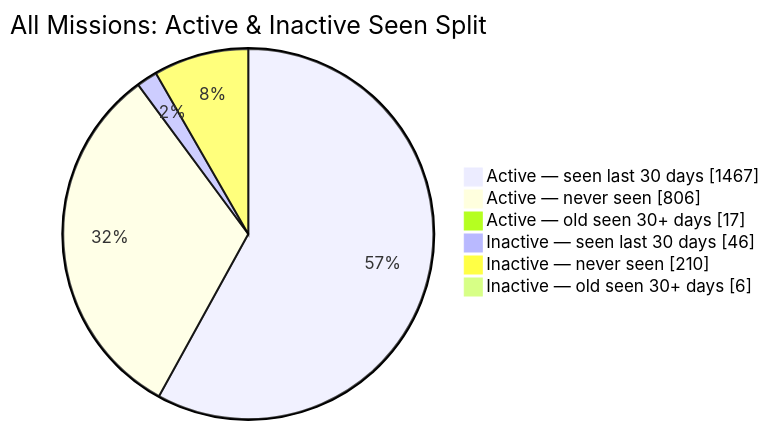
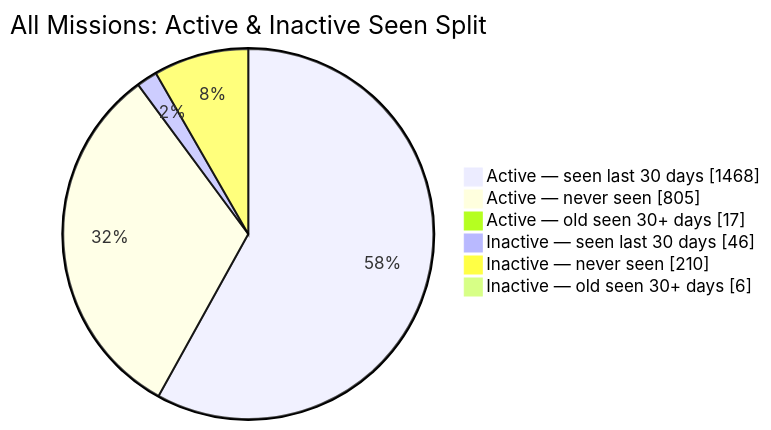
Before and after one commit to MeldkamerspelGameTeam/active-missions: the second of 2 diagrams in README.md, drawn with Mermaid. The commit also changed other lines of this file and 2 other files, not shown here.

````diff
--- a/README.md
+++ b/README.md
@@ -44,10 +44,10 @@
 ```mermaid
 pie showData
     title All Missions: Active & Inactive Seen Split
-    "Active — seen last 30 days" : 1467
-    "Active — never seen" : 806
+    "Active — seen last 30 days" : 1468
+    "Active — never seen" : 805
     "Active — old seen 30+ days" : 17
     "Inactive — seen last 30 days" : 46
     "Inactive — never seen" : 210
     "Inactive — old seen 30+ days" : 6
 ```
````
